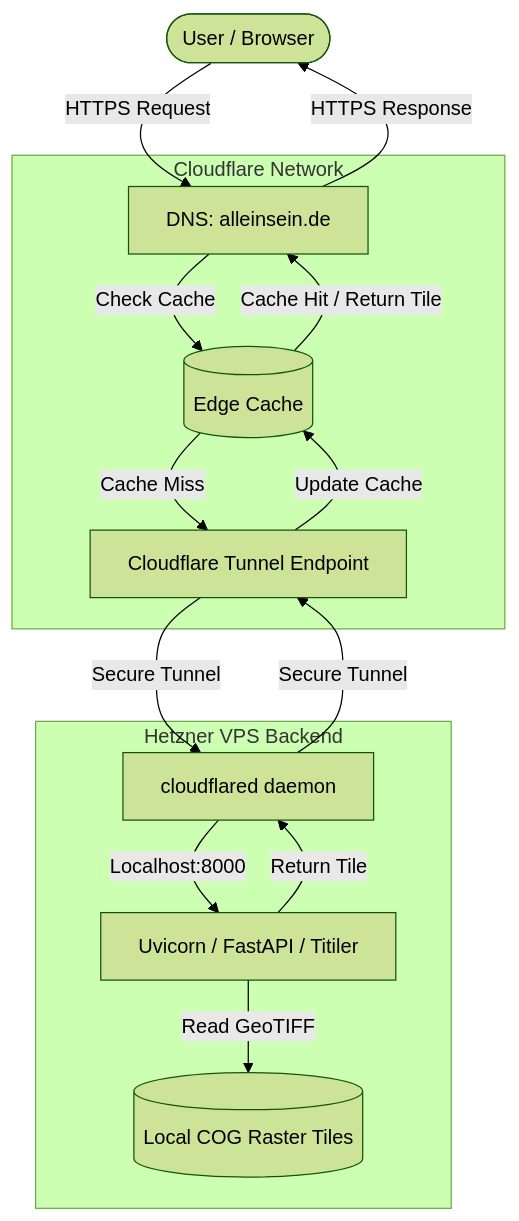
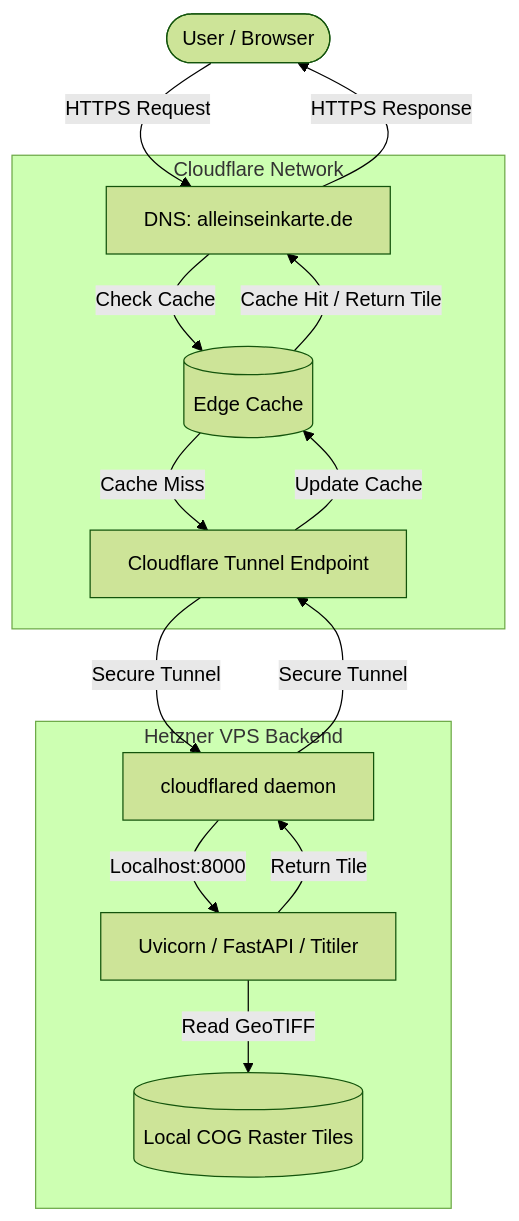
The first of 2 diagrams in docs/architecture.md (gregor-d/alleinsein), drawn with Mermaid (forest theme) before and after one commit. The commit also changed other lines of this file, not shown here.

Commit message:
fix: update domain references in architecture documentation

````diff
--- a/docs/architecture.md
+++ b/docs/architecture.md
@@ -7,30 +7,30 @@
 ```mermaid
 graph TD
     User([User / Browser])
     
     subgraph Cloudflare [Cloudflare Network]
-        CF_DNS[DNS: alleinsein.de]
+        CF_DNS[DNS: alleinseinkarte.de]
         CF_Cache[(Edge Cache)]
         CF_Tunnel[Cloudflare Tunnel Endpoint]
     end
     
     subgraph VPS [Hetzner VPS Backend]
         CFD[cloudflared daemon]
         App[Uvicorn / FastAPI / Titiler]
         Data[(Local COG Raster Tiles)]
     end
     
     User -- "HTTPS Request" --> CF_DNS
     CF_DNS -- "Check Cache" --> CF_Cache
     
     CF_Cache -- "Cache Miss" --> CF_Tunnel
     CF_Tunnel -- "Secure Tunnel" --> CFD
     CFD -- "Localhost:8000" --> App
     App -- "Read GeoTIFF" --> Data
     App -- "Return Tile" --> CFD
     CFD -- "Secure Tunnel" --> CF_Tunnel
     CF_Tunnel -- "Update Cache" --> CF_Cache
     
     CF_Cache -- "Cache Hit / Return Tile" --> CF_DNS
     CF_DNS -- "HTTPS Response" --> User
 ```
````
